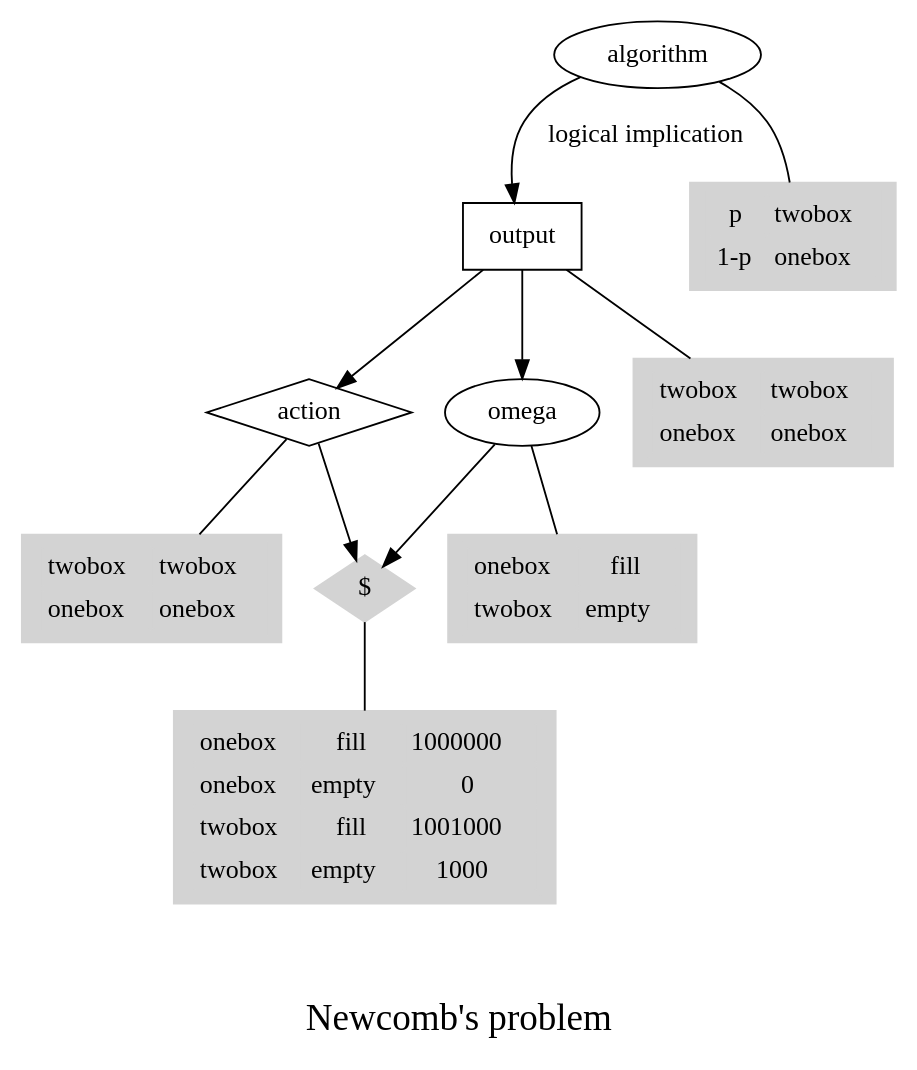
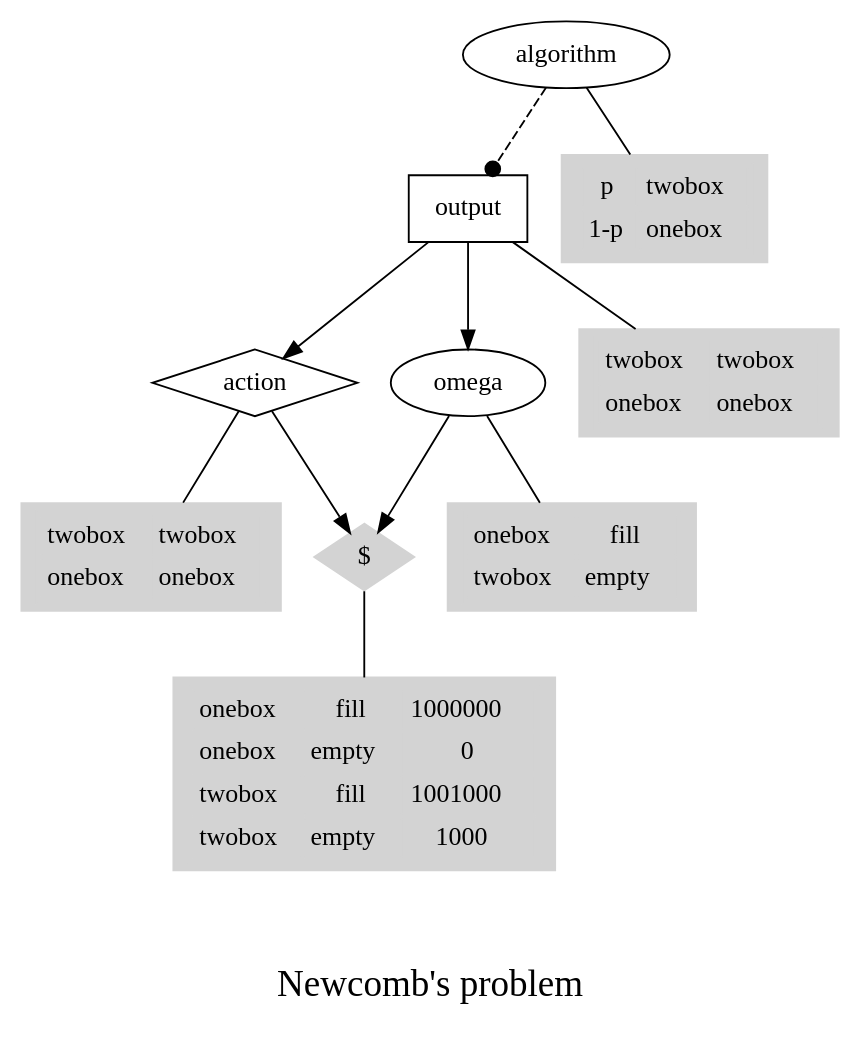
The diagram in newcomb.gv (johnlawrenceaspden/hobby-code), drawn with Graphviz before and after one commit.

```diff
--- a/newcomb.gv
+++ b/newcomb.gv
@@ -1,65 +1,70 @@
 // dot <newcomb.gv -Tpng >newcomb.png
 // eog newcomb.png
 
 // interactive svg for development using neato instead of dot
 // neato <newcomb.gv -Tsvg >newcomb.svg && eog newcomb.svg &
 
+// actions are square, events are circles, payoffs are diamonds,
+// arrows are solid for causal, dotted for known
+
 digraph newcomb {
+        overlap=false;
+
         algorithm [shape=ellipse];
         output [shape=box];
         action [shape=diamond];
         omega [shape=ellipse] ;
         utility [shape=diamond,style=filled,color=lightgrey, label="$"];
 
 
-        algorithm -> output [label="logical implication"];
+        algorithm -> output [arrowhead=dot, style=dashed];
         output -> action;
         output -> omega;
         action -> utility;
         omega -> utility;
 
         algorithm->algorithmtable [dir=none]
 
         algorithmtable [ shape=box,style=filled,color=lightgrey, label=<<TABLE>
                         <TR><TD>p</TD><TD>twobox</TD></TR>
                         <TR><TD>1-p</TD><TD>onebox</TD></TR>
                     </TABLE>>];
 
         output->outputtable [dir=none]
 
         outputtable [ shape=box,style=filled,color=lightgrey, label=<<TABLE>
                         <TR><TD>twobox</TD><TD>twobox</TD></TR>
                         <TR><TD>onebox</TD><TD>onebox</TD></TR>
                     </TABLE>>];
 
 
 
         action->actiontable [dir=none]
 
         actiontable [ shape=box,style=filled,color=lightgrey, label=<<TABLE>
                         <TR><TD>twobox</TD><TD>twobox</TD></TR>
                         <TR><TD>onebox</TD><TD>onebox</TD></TR>
                     </TABLE>>];
 
 
         omega->omegatable [dir=none]
 
         omegatable [ shape=box,style=filled,color=lightgrey, label=<<TABLE>
                         <TR><TD>onebox</TD><TD>fill</TD></TR>
                         <TR><TD>twobox</TD><TD>empty</TD></TR>
                     </TABLE>>];
 
 
         utility->utilitytable [dir=none]
 
         utilitytable [ shape=box,style=filled,color=lightgrey, label=<<TABLE>
                         <TR><TD>onebox</TD><TD>fill</TD><TD>1000000</TD></TR>
                         <TR><TD>onebox</TD><TD>empty</TD><TD>0</TD></TR>
                         <TR><TD>twobox</TD><TD>fill</TD><TD>1001000</TD></TR>
                         <TR><TD>twobox</TD><TD>empty</TD><TD>1000</TD></TR>
                     </TABLE>>];
 
 
         label = "\n\nNewcomb's problem"
         fontsize=20;
 }
```
